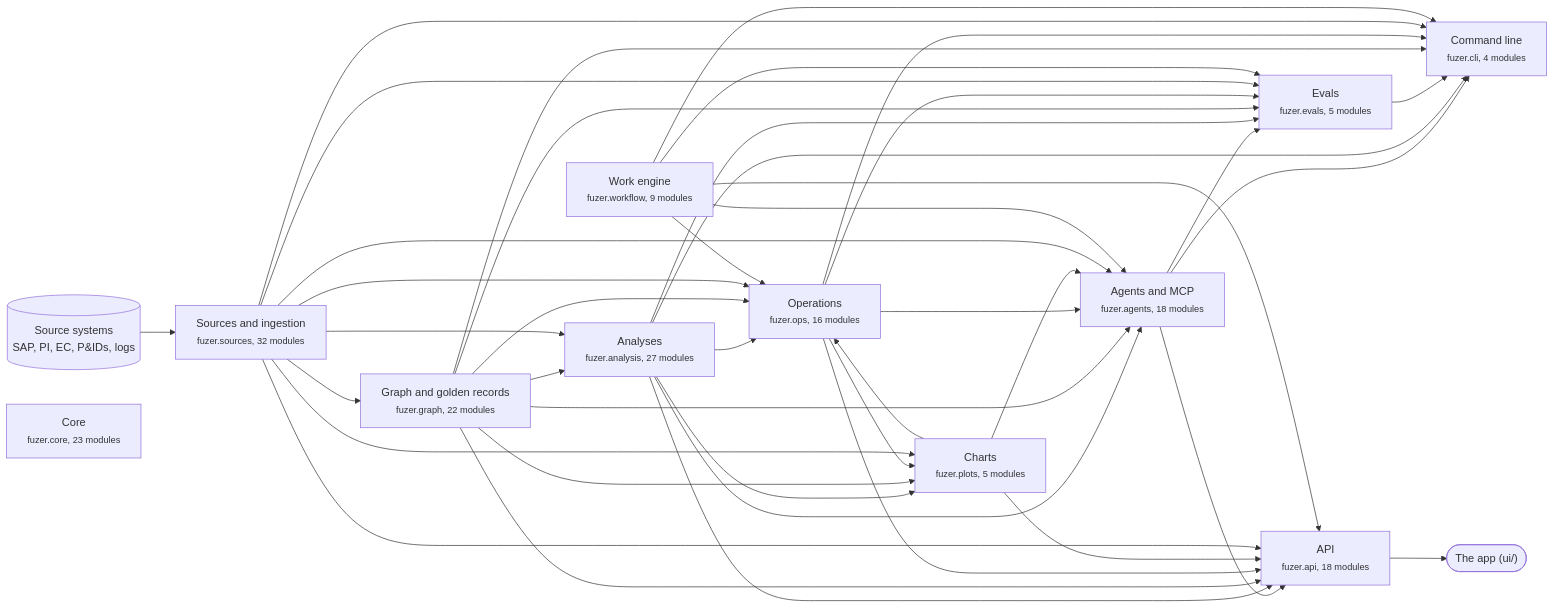
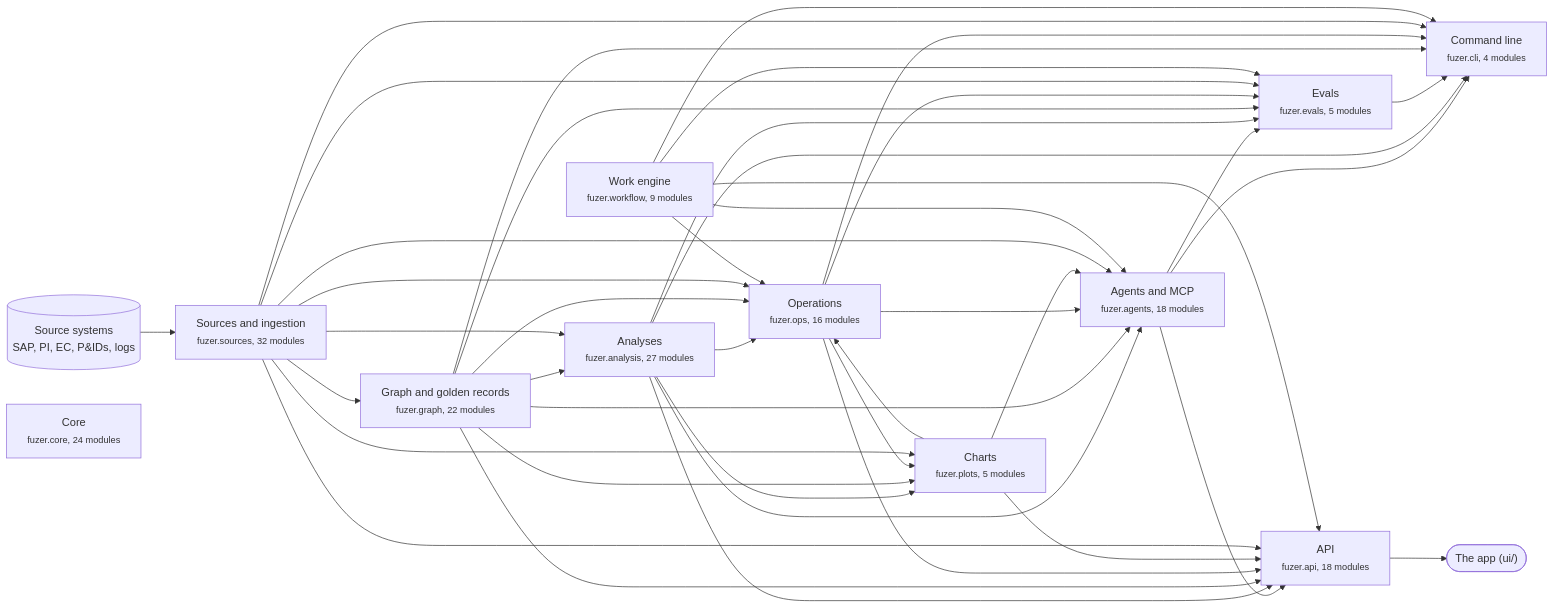
The first of 3 diagrams in docs/architecture.md (areed145/fuzer), drawn with Mermaid before and after one commit. The commit also changed other lines of this file and 21 other files, not shown here.

````diff
--- a/docs/architecture.md
+++ b/docs/architecture.md
@@ -8,66 +8,66 @@
 ```mermaid
 flowchart LR
   systems[("Source systems<br>SAP, PI, EC, P&IDs, logs")] --> c_sources
   app(["The app (ui/)"])
   c_api --> app
   c_sources["Sources and ingestion<br><small>fuzer.sources, 32 modules</small>"]
   c_graph["Graph and golden records<br><small>fuzer.graph, 22 modules</small>"]
   c_analysis["Analyses<br><small>fuzer.analysis, 27 modules</small>"]
   c_ops["Operations<br><small>fuzer.ops, 16 modules</small>"]
   c_plots["Charts<br><small>fuzer.plots, 5 modules</small>"]
   c_workflow["Work engine<br><small>fuzer.workflow, 9 modules</small>"]
   c_agents["Agents and MCP<br><small>fuzer.agents, 18 modules</small>"]
   c_evals["Evals<br><small>fuzer.evals, 5 modules</small>"]
   c_api["API<br><small>fuzer.api, 18 modules</small>"]
   c_cli["Command line<br><small>fuzer.cli, 4 modules</small>"]
-  c_core["Core<br><small>fuzer.core, 23 modules</small>"]
+  c_core["Core<br><small>fuzer.core, 24 modules</small>"]
   c_sources --> c_graph
   c_graph --> c_analysis
   c_sources --> c_analysis
   c_analysis --> c_ops
   c_graph --> c_ops
   c_plots --> c_ops
   c_sources --> c_ops
   c_workflow --> c_ops
   c_analysis --> c_plots
   c_graph --> c_plots
   c_ops --> c_plots
   c_sources --> c_plots
   c_analysis --> c_agents
   c_graph --> c_agents
   c_ops --> c_agents
   c_plots --> c_agents
   c_sources --> c_agents
   c_workflow --> c_agents
   c_agents --> c_evals
   c_analysis --> c_evals
   c_graph --> c_evals
   c_ops --> c_evals
   c_sources --> c_evals
   c_workflow --> c_evals
   c_agents --> c_api
   c_analysis --> c_api
   c_graph --> c_api
   c_ops --> c_api
   c_plots --> c_api
   c_sources --> c_api
   c_workflow --> c_api
   c_agents --> c_cli
   c_analysis --> c_cli
   c_evals --> c_cli
   c_graph --> c_cli
   c_ops --> c_cli
   c_sources --> c_cli
   c_workflow --> c_cli
   click c_sources "https://github.com/areed145/fuzer/tree/main/src/fuzer/sources"
   click c_graph "https://github.com/areed145/fuzer/tree/main/src/fuzer/graph"
   click c_analysis "https://github.com/areed145/fuzer/tree/main/src/fuzer/analysis"
   click c_ops "https://github.com/areed145/fuzer/tree/main/src/fuzer/ops"
   click c_plots "https://github.com/areed145/fuzer/tree/main/src/fuzer/plots"
   click c_workflow "https://github.com/areed145/fuzer/tree/main/src/fuzer/workflow"
   click c_agents "https://github.com/areed145/fuzer/tree/main/src/fuzer/agents"
   click c_evals "https://github.com/areed145/fuzer/tree/main/src/fuzer/evals"
   click c_api "https://github.com/areed145/fuzer/tree/main/src/fuzer/api"
   click c_cli "https://github.com/areed145/fuzer/tree/main/src/fuzer/cli"
   click c_core "https://github.com/areed145/fuzer/tree/main/src/fuzer/core"
 ```
````
